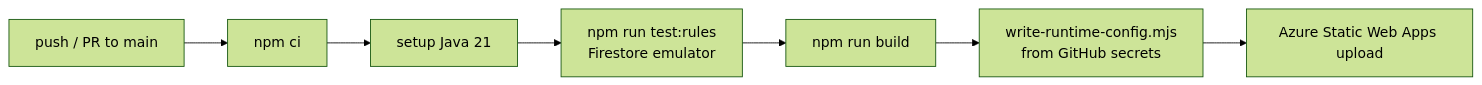
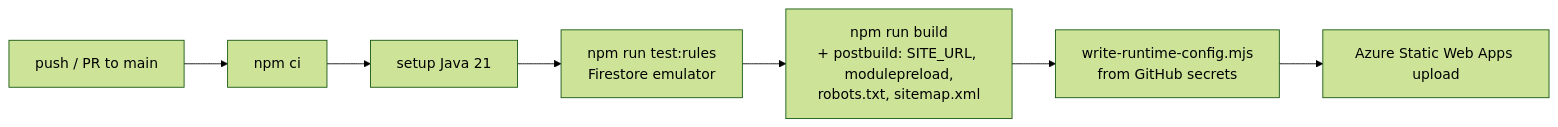
The first of 2 diagrams in docs/architecture/deployment.md (RaviAkhouri30/taalyatra), drawn with Mermaid (forest theme) before and after one commit. The commit also changed other lines of this file and 55 other files, not shown here.

````diff
--- a/docs/architecture/deployment.md
+++ b/docs/architecture/deployment.md
@@ -47,9 +57,9 @@
 ```mermaid
 flowchart LR
   P[push / PR to main] --> I[npm ci]
   I --> J[setup Java 21]
   J --> R[npm run test:rules<br/>Firestore emulator]
-  R --> B[npm run build]
+  R --> B[npm run build<br/>+ postbuild: SITE_URL, modulepreload,<br/>robots.txt, sitemap.xml]
   B --> C[write-runtime-config.mjs<br/>from GitHub secrets]
   C --> D[Azure Static Web Apps upload]
 ```
````
